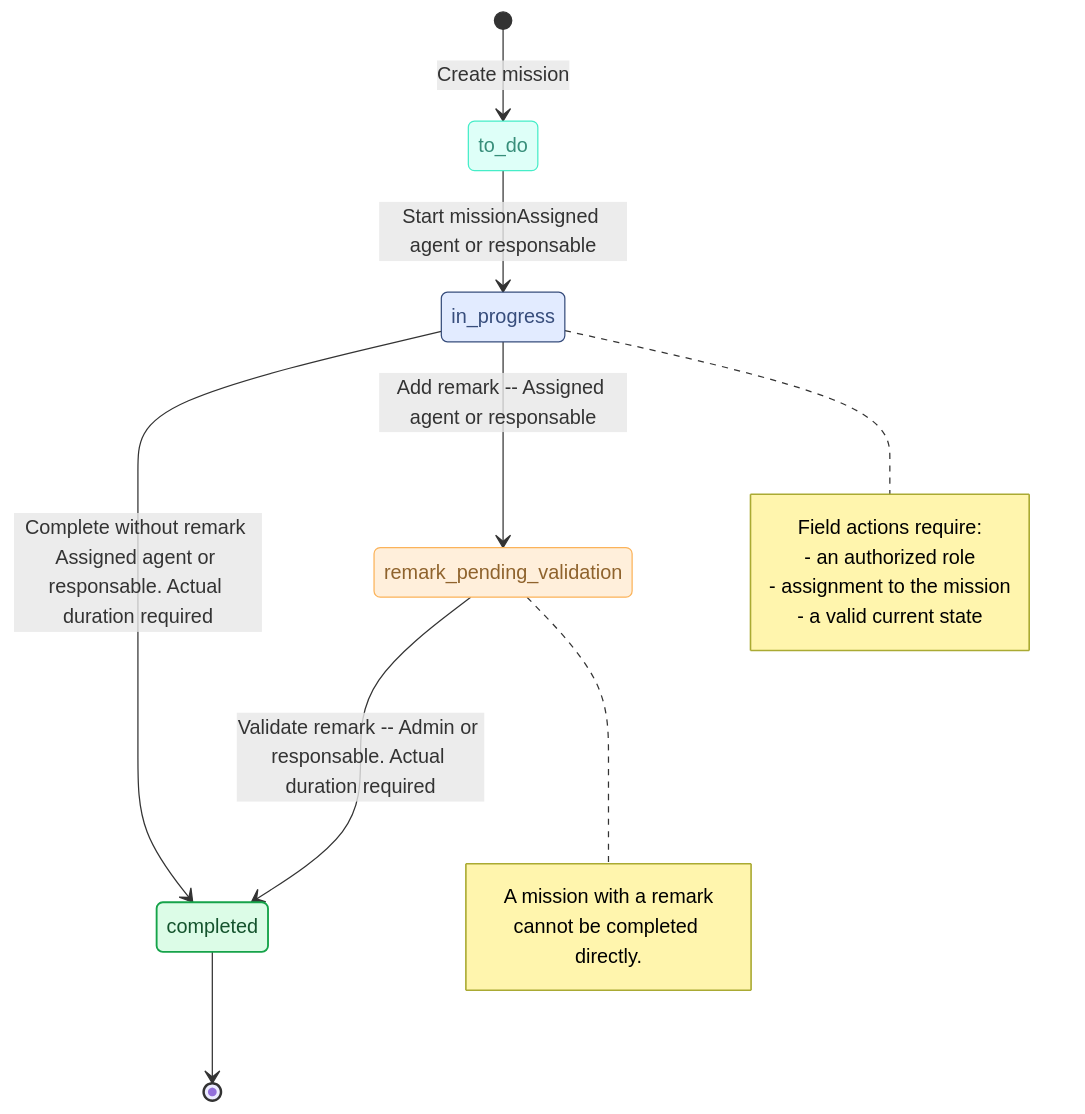
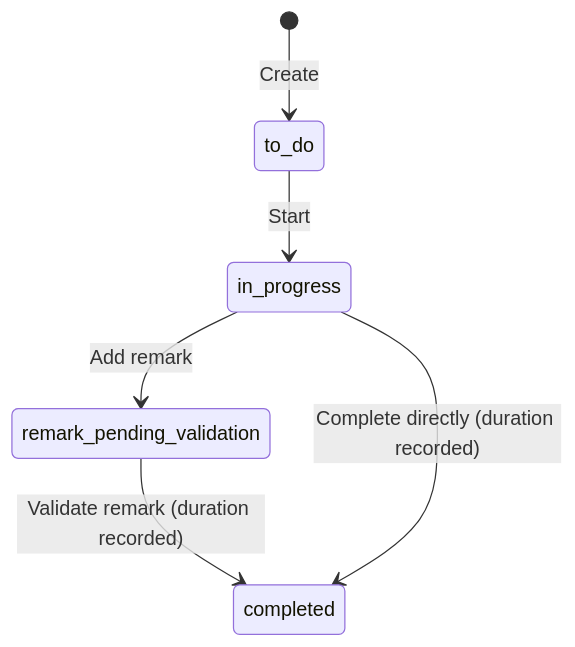
Before and after one commit to Alreix/CADRI: the third of 5 diagrams in README.md, drawn with Mermaid. The commit also changed other lines of this file, not shown here.

````diff
--- a/README.md
+++ b/README.md
@@ -354,29 +338,17 @@
 ```mermaid
 stateDiagram-v2
-      direction TB
-  classDef pending fill:#FEF3C7,stroke:#D97706,color:#78350F,stroke-width:1.5px;
-  classDef Aqua stroke-width:1px,stroke-dasharray:none,stroke:#46EDC8,fill:#DEFFF8,color:#378E7A;
-  classDef Sky stroke-width:1px,stroke-dasharray:none,stroke:#374D7C,fill:#E2EBFF,color:#374D7C;
-  classDef Peach stroke-width:1px,stroke-dasharray:none,stroke:#FBB35A,fill:#FFEFDB,color:#8F632D;
-  classDef done fill:#DCFCE7,stroke:#16A34A,color:#14532D,stroke-width:1.5px;
-  [*] --> to_do:Create mission
-  to_do --> in_progress:Start missionAssigned agent or responsable
-  in_progress --> completed:Complete without remark Assigned agent or responsable. Actual duration required
-  in_progress --> remark_pending_validation:Add remark -- Assigned agent or responsable
-  remark_pending_validation --> completed:Validate remark -- Admin or responsable. Actual duration required
-  completed --> [*]
-  note right of in_progress 
-  Field actions require:
-        - an authorized role
-        - assignment to the mission
-        - a valid current state
-  end note
-  note right of remark_pending_validation 
-  A mission with a remark
-        cannot be completed directly.
-  end note
-  class to_do Aqua
-  class in_progress Sky
-  class remark_pending_validation Peach
-  class completed done
+    direction TB
+    [*] --> to_do: Create
+    to_do --> in_progress: Start
+    in_progress --> remark_pending_validation: Add remark
+    remark_pending_validation --> completed: Validate remark (duration recorded)
+    in_progress --> completed: Complete directly (duration recorded)
+    classDef todo fill:#fff4d6,stroke:#a87521,color:#5c4014;
+    classDef active fill:#e7f2ff,stroke:#4779a8,color:#183d61;
+    classDef review fill:#f1eafb,stroke:#8061a6,color:#402a60;
+    classDef done fill:#e5f4e8,stroke:#49875a,color:#1e4d2a;
+    class to_do todo;
+    class in_progress active;
+    class remark_pending_validation review;
+    class completed done;
 ```
````
